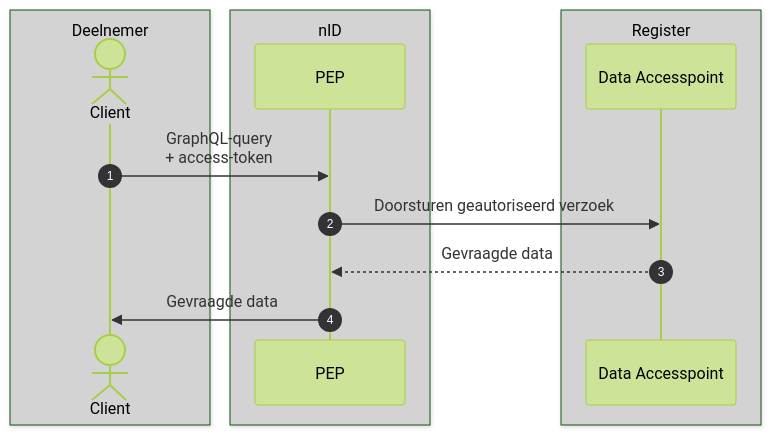
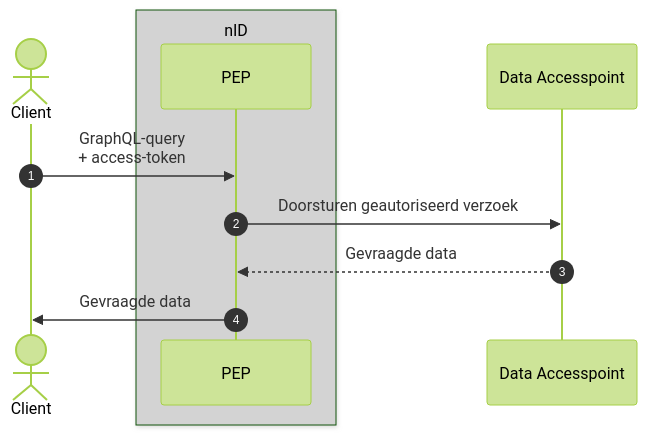
The third of 11 diagrams in docs/applicatie/nid_netwerkstelsel.md (iStandaarden/Afsprakenstelsel-iWlz), drawn with Mermaid before and after one commit. The commit also changed other lines of this file, not shown here.

````diff
--- a/docs/applicatie/nid_netwerkstelsel.md
+++ b/docs/applicatie/nid_netwerkstelsel.md
@@ -346,22 +346,18 @@
 ```mermaid
 ---
 config:
   theme: forest
 ---
 sequenceDiagram
     autonumber
-    box lightgrey Deelnemer
     actor Client
-    end
     box lightgrey nID
     participant PEP
     end
-    box lightgrey Register
     participant AccessPoint as Data Accesspoint
-    end
 
     Client->>PEP: GraphQL-query<br/>+ access-token
     PEP->>AccessPoint: Doorsturen geautoriseerd verzoek
     AccessPoint-->>PEP: Gevraagde data
     PEP->>Client: Gevraagde data
 ```
````
